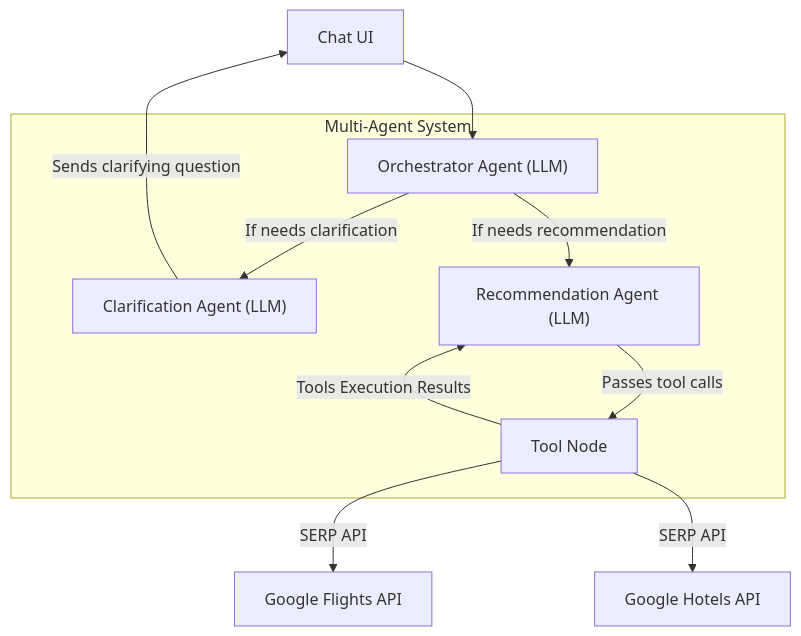
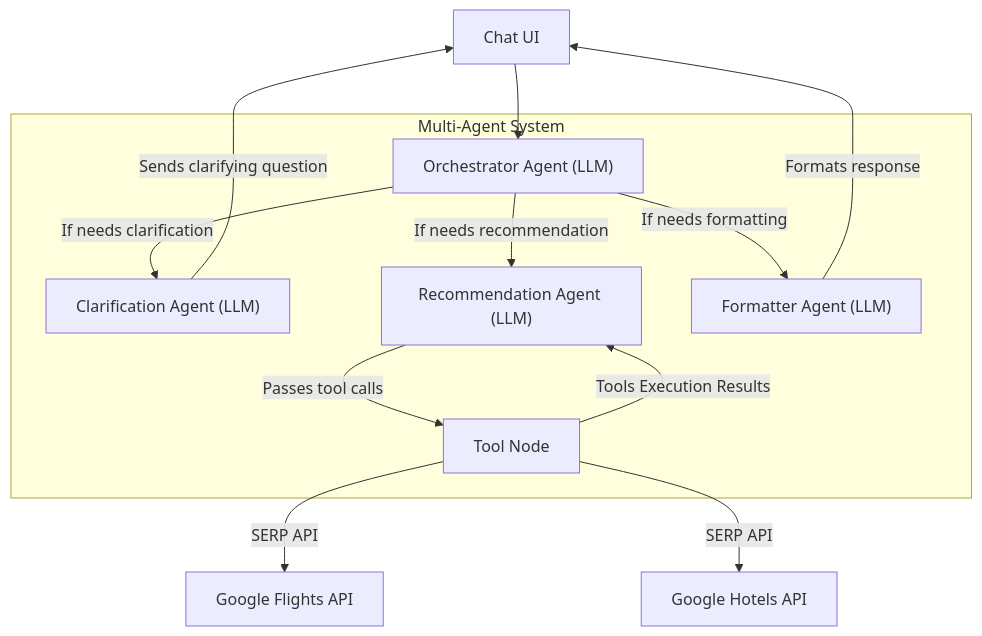
Before and after one commit to swamibala/smart-travel-planner: the diagram in README.md, drawn with Mermaid.

````diff
--- a/README.md
+++ b/README.md
@@ -3,29 +3,34 @@
 ```mermaid 
 graph TD
     CHAT[Chat UI]
     ORCH_AGENT["Orchestrator Agent (LLM)"]
     CLARIFY_AGENT["Clarification Agent (LLM)"]
     RECOMMEND_AGENT["Recommendation Agent (LLM)"]
+    FORMATTER_AGENT["Formatter Agent (LLM)"]
     GOOGLE_FLIGHTS[Google Flights API]
     GOOGLE_HOTELS[Google Hotels API]
     TOOL_NODE[Tool Node]
 
     subgraph Multi-Agent System
         ORCH_AGENT
         CLARIFY_AGENT
         RECOMMEND_AGENT
+        FORMATTER_AGENT
         TOOL_NODE
     end
 
     CHAT --> ORCH_AGENT
     ORCH_AGENT -->|If needs clarification| CLARIFY_AGENT
     ORCH_AGENT -->|If needs recommendation| RECOMMEND_AGENT
+    ORCH_AGENT -->|If needs formatting| FORMATTER_AGENT
 
     RECOMMEND_AGENT -->|Passes tool calls| TOOL_NODE
 
     TOOL_NODE -->|SERP API| GOOGLE_FLIGHTS
     TOOL_NODE -->|SERP API| GOOGLE_HOTELS
     TOOL_NODE -->|Tools Execution Results| RECOMMEND_AGENT
     
     CLARIFY_AGENT -->|Sends clarifying question| CHAT
+    FORMATTER_AGENT -->|Formats response| CHAT
+
 ```
````
